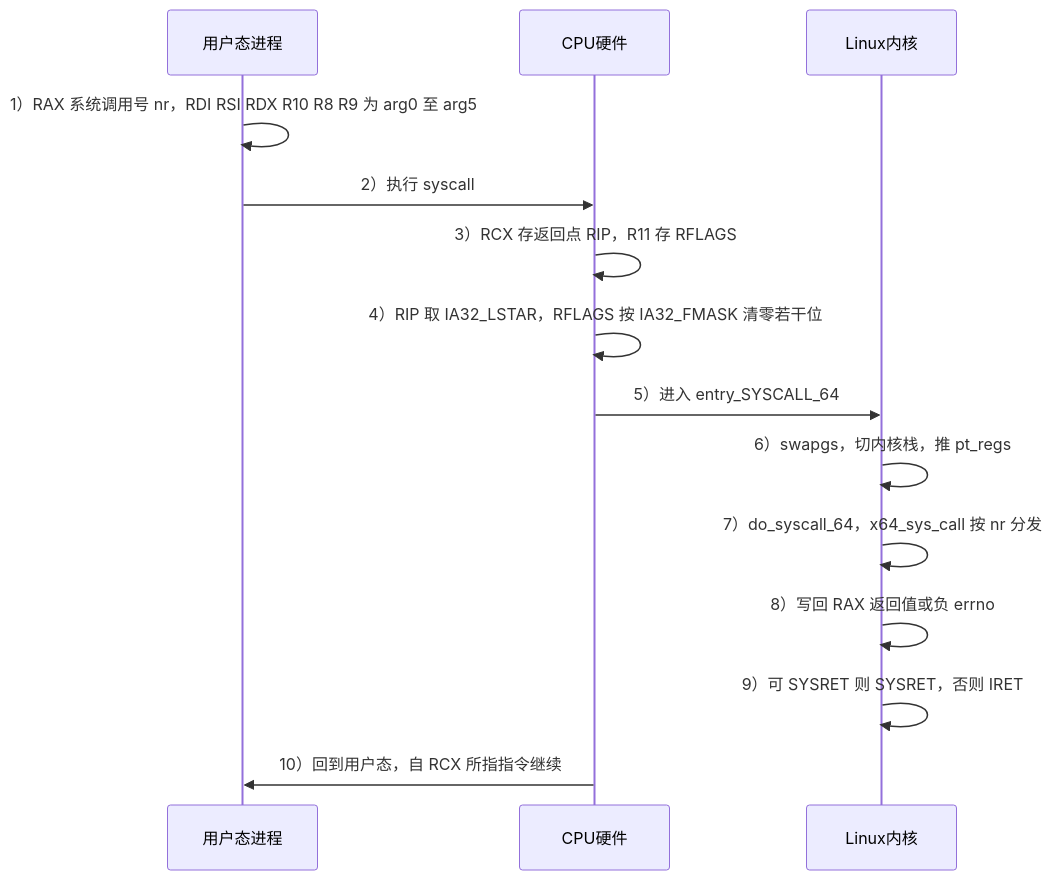
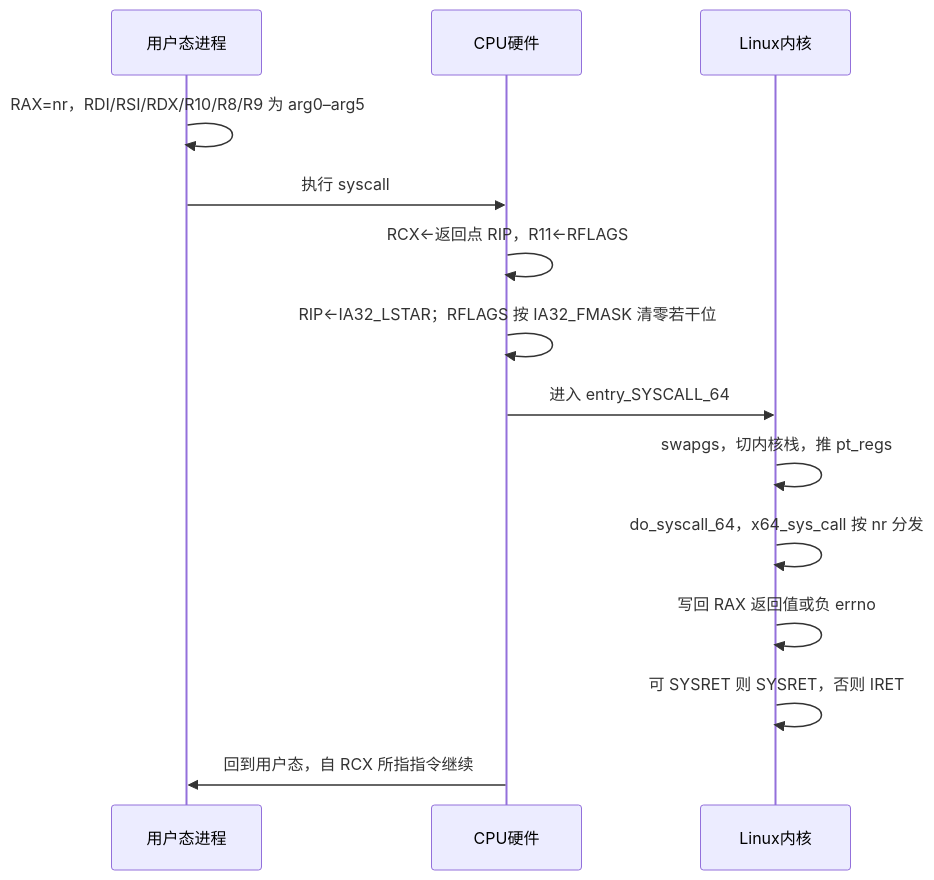
One commit to liweinan/liweinan.github.io changed the second of 4 diagrams in _posts/2026-03-30-x86-64-syscall-idt-linux-kernel-sdm.md. Above: the diagram before and after it, drawn with Mermaid. The commit also changed other lines of this file, not shown here.

First line of the commit message:
docs(post): syscall/IDT 长文改用标题层级替代章节编号

````diff
--- a/_posts/2026-03-30-x86-64-syscall-idt-linux-kernel-sdm.md
+++ b/_posts/2026-03-30-x86-64-syscall-idt-linux-kernel-sdm.md
@@ -258,16 +258,16 @@
 ```mermaid
 sequenceDiagram
     participant User as 用户态进程
     participant CPU as CPU硬件
     participant Kernel as Linux内核
-    User->>User: 1）RAX 系统调用号 nr，RDI RSI RDX R10 R8 R9 为 arg0 至 arg5
-    User->>CPU: 2）执行 syscall
-    CPU->>CPU: 3）RCX 存返回点 RIP，R11 存 RFLAGS
-    CPU->>CPU: 4）RIP 取 IA32_LSTAR，RFLAGS 按 IA32_FMASK 清零若干位
-    CPU->>Kernel: 5）进入 entry_SYSCALL_64
-    Kernel->>Kernel: 6）swapgs，切内核栈，推 pt_regs
-    Kernel->>Kernel: 7）do_syscall_64，x64_sys_call 按 nr 分发
-    Kernel->>Kernel: 8）写回 RAX 返回值或负 errno
-    Kernel->>Kernel: 9）可 SYSRET 则 SYSRET，否则 IRET
-    CPU->>User: 10）回到用户态，自 RCX 所指指令继续
+    User->>User: RAX=nr，RDI/RSI/RDX/R10/R8/R9 为 arg0–arg5
+    User->>CPU: 执行 syscall
+    CPU->>CPU: RCX←返回点 RIP，R11←RFLAGS
+    CPU->>CPU: RIP←IA32_LSTAR；RFLAGS 按 IA32_FMASK 清零若干位
+    CPU->>Kernel: 进入 entry_SYSCALL_64
+    Kernel->>Kernel: swapgs，切内核栈，推 pt_regs
+    Kernel->>Kernel: do_syscall_64，x64_sys_call 按 nr 分发
+    Kernel->>Kernel: 写回 RAX 返回值或负 errno
+    Kernel->>Kernel: 可 SYSRET 则 SYSRET，否则 IRET
+    CPU->>User: 回到用户态，自 RCX 所指指令继续
 ```
````
